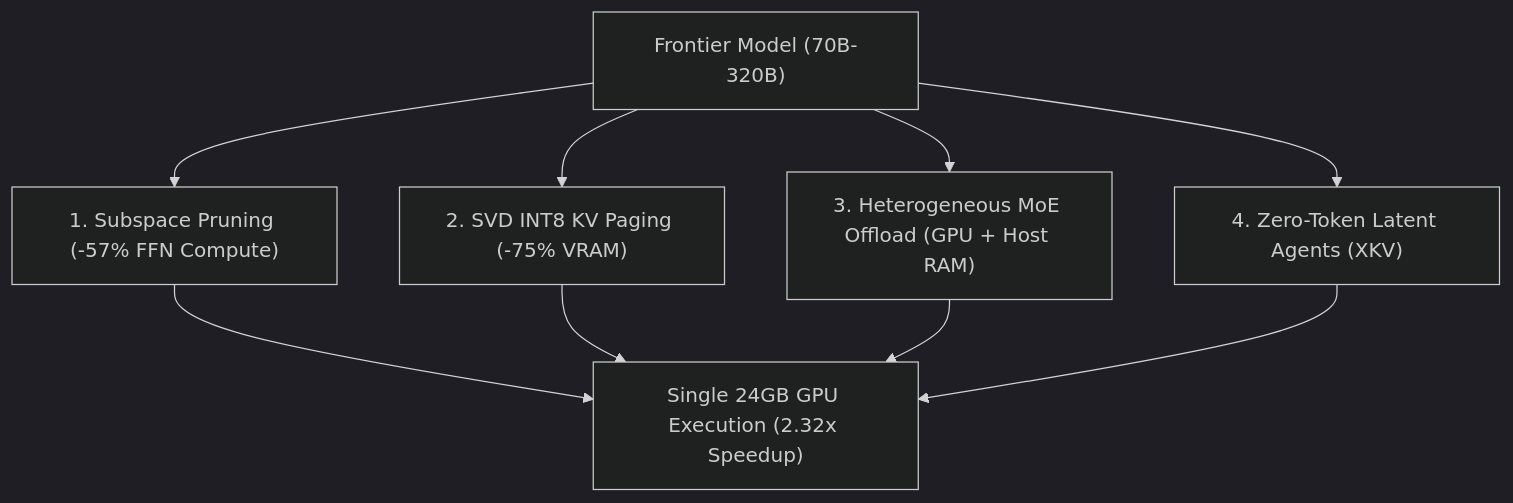
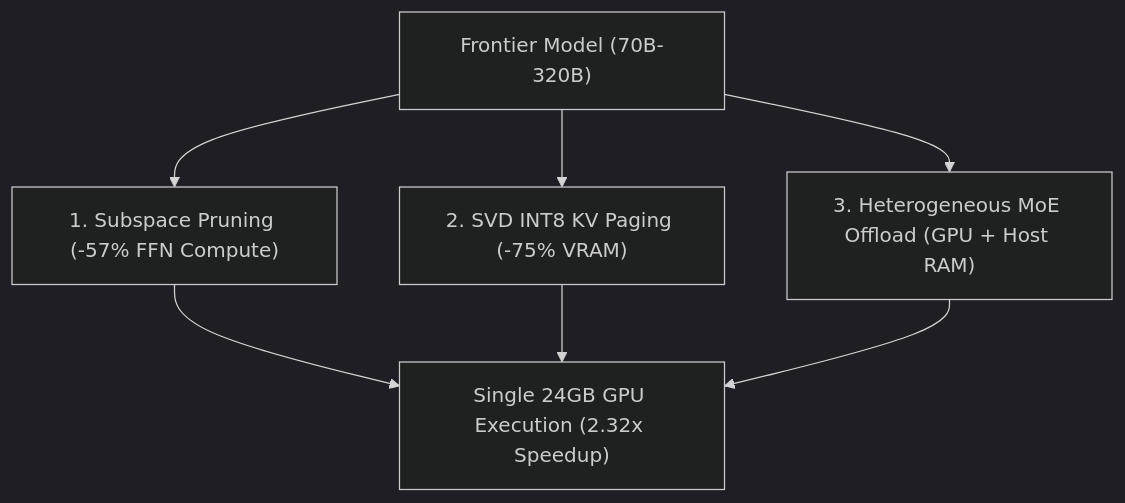
Before and after one commit to intutic/turing: the diagram in docs/architecture.md, drawn with Mermaid (dark theme). The commit also changed other lines of this file and 2 other files, not shown here.

Commit message:
docs: streamline core focus onto Subspace Pruning, SVD KV Paging, and MoE single-GPU serving

````diff
--- a/docs/architecture.md
+++ b/docs/architecture.md
@@ -5,11 +5,9 @@
 ```mermaid
 graph TD
     A["Frontier Model (70B-320B)"] --> B["1. Subspace Pruning (-57% FFN Compute)"]
     A --> C["2. SVD INT8 KV Paging (-75% VRAM)"]
     A --> D["3. Heterogeneous MoE Offload (GPU + Host RAM)"]
-    A --> E["4. Zero-Token Latent Agents (XKV)"]
-    B --> F["Single 24GB GPU Execution (2.32x Speedup)"]
-    C --> F
-    D --> F
-    E --> F
+    B --> E["Single 24GB GPU Execution (2.32x Speedup)"]
+    C --> E
+    D --> E
 ```
````
